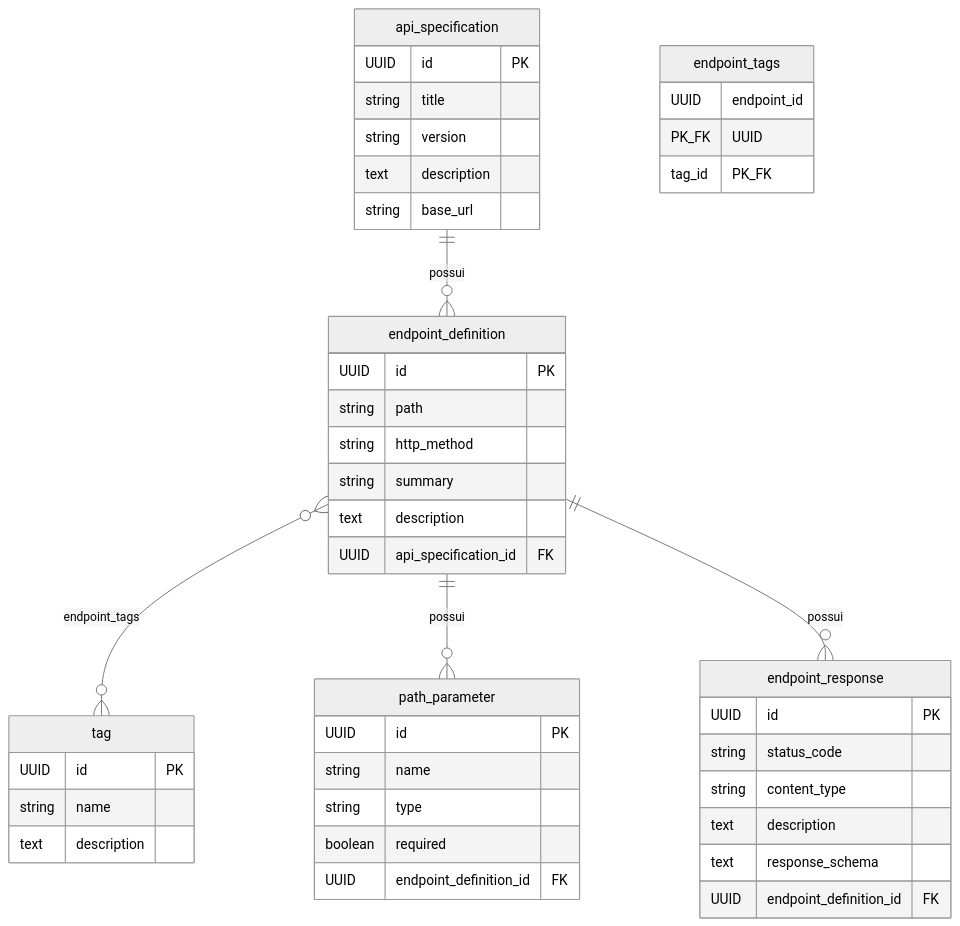
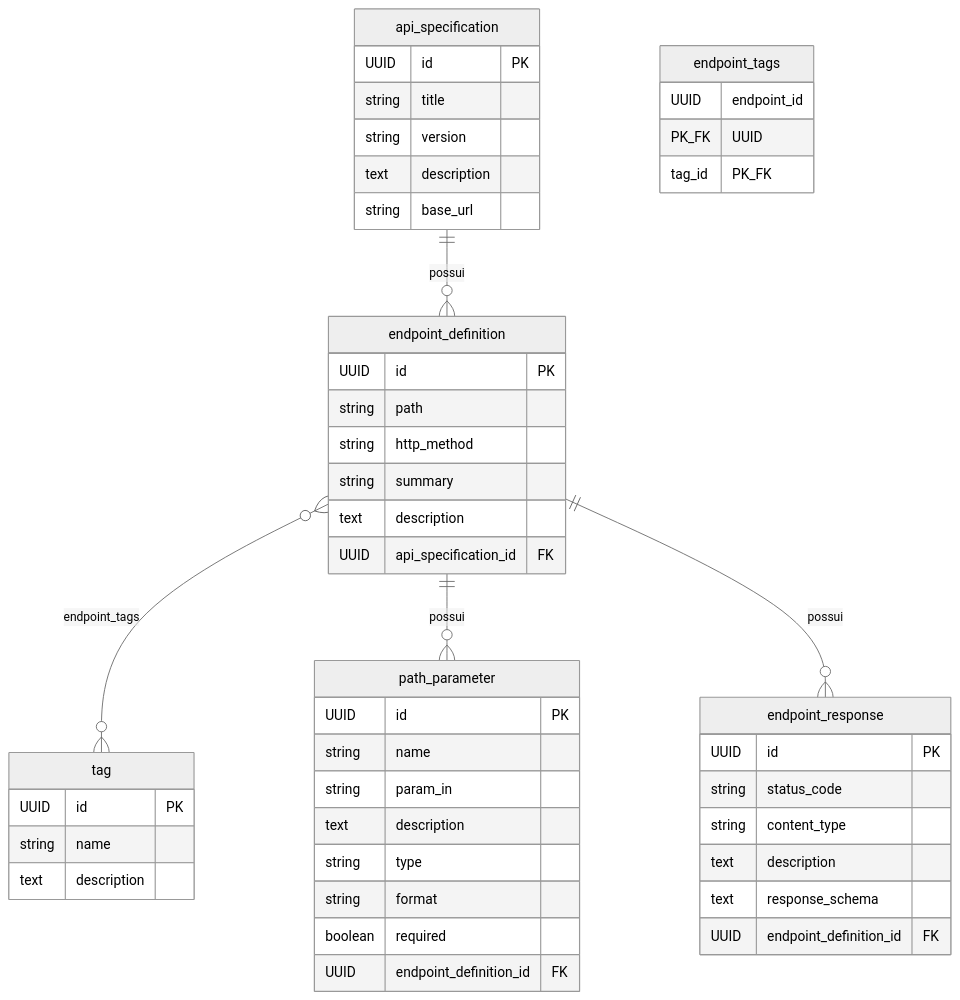
Before and after one commit to IA-para-DEVs-SCTEC-T2/mini-projeto-MockAi: the fourth of 4 diagrams in docs/architecture-diagram.md, drawn with Mermaid. The commit also changed 4 other files, not shown here.

````diff
--- a/docs/architecture-diagram.md
+++ b/docs/architecture-diagram.md
@@ -237,57 +237,60 @@
 ```mermaid
 ---
 config:
   layout: dagre
   theme: neutral
 ---
 erDiagram
   api_specification {
     UUID   id          PK
     string title
     string version
     text   description
     string base_url
   }
 
   endpoint_definition {
     UUID   id                   PK
     string path
     string http_method
     string summary
     text   description
     UUID   api_specification_id FK
   }
 
   tag {
     UUID   id          PK
     string name
     text   description
   }
 
   endpoint_tags {
     UUID endpoint_id PK_FK
     UUID tag_id      PK_FK
   }
 
   path_parameter {
     UUID    id                     PK
     string  name
+    string  param_in
+    text    description
     string  type
+    string  format
     boolean required
     UUID    endpoint_definition_id FK
   }
 
   endpoint_response {
     UUID   id                     PK
     string status_code
     string content_type
     text   description
     text   response_schema
     UUID   endpoint_definition_id FK
   }
 
   api_specification  ||--o{ endpoint_definition : "possui"
   endpoint_definition }o--o{ tag                : "endpoint_tags"
   endpoint_definition ||--o{ path_parameter     : "possui"
   endpoint_definition ||--o{ endpoint_response  : "possui"
 ```
````
